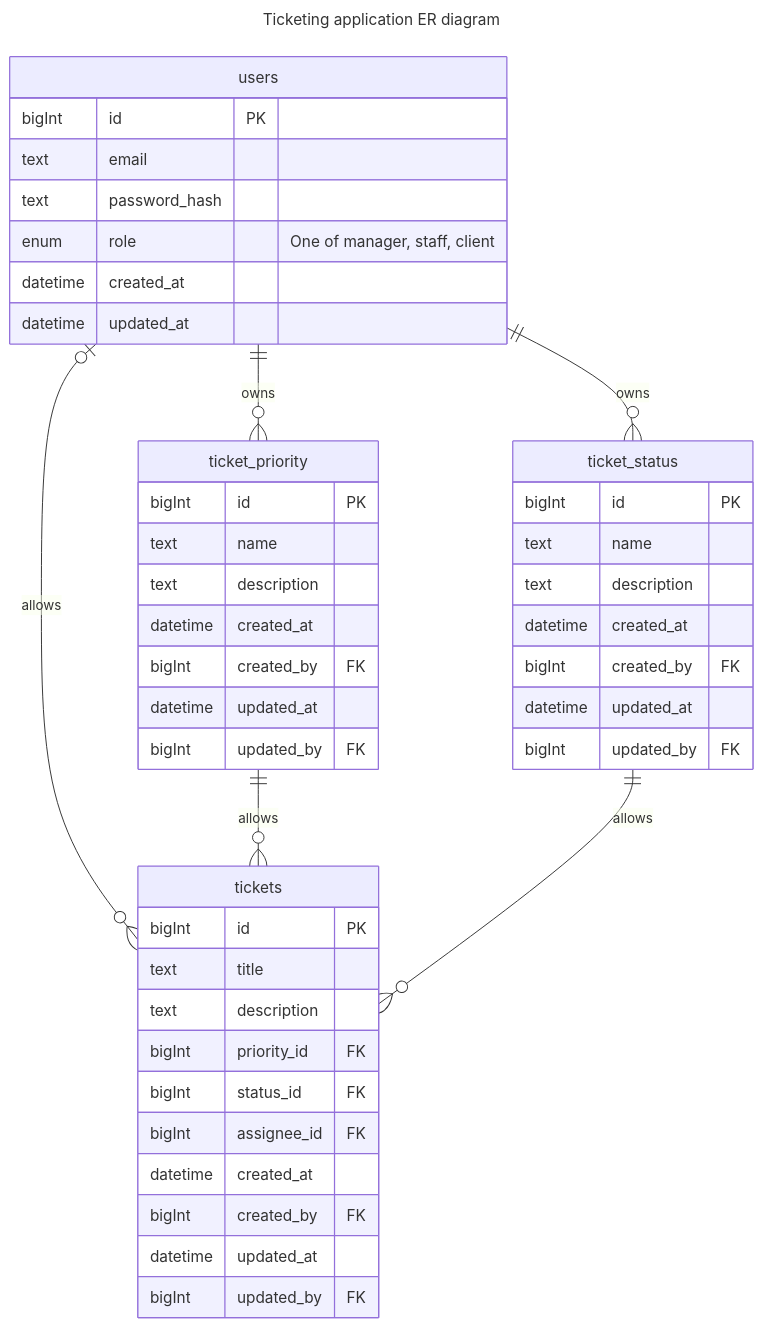
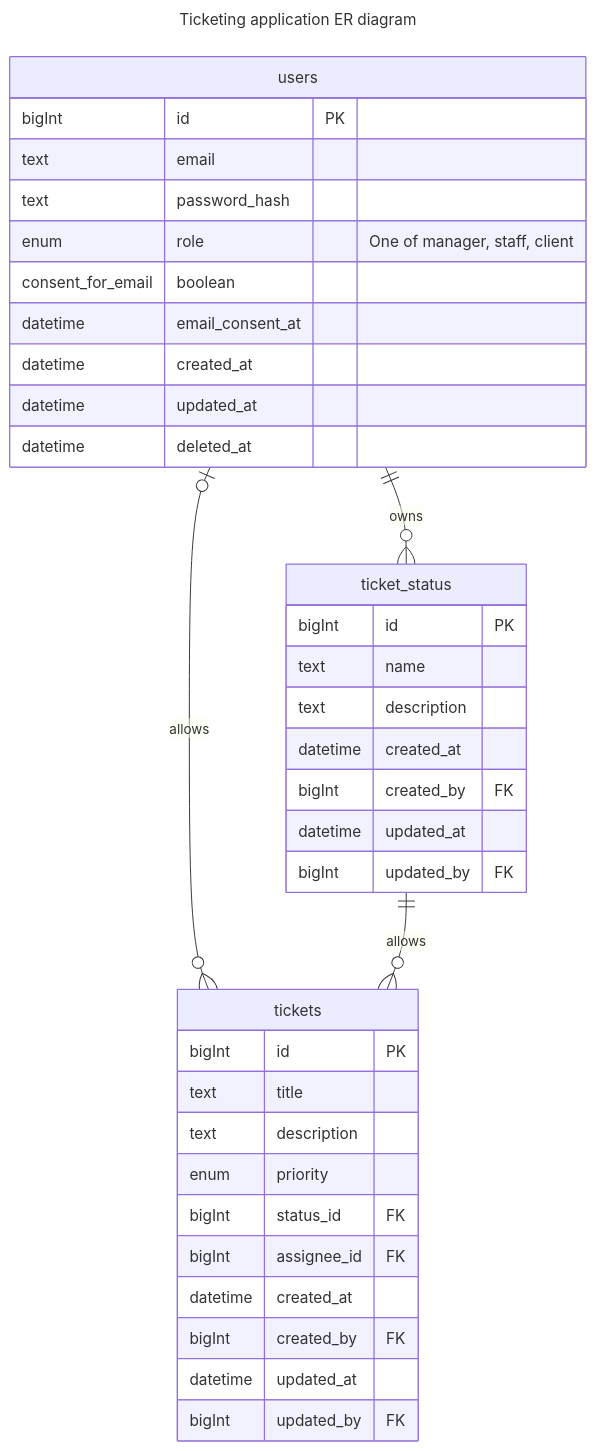
One commit to NoonDaySun-Programming-Pty-Ltd/support-tickets changed the diagram in README.md. Above: the diagram before and after it, drawn with Mermaid. The commit also changed 61 other files, not shown here.

````diff
--- a/README.md
+++ b/README.md
@@ -18,49 +18,41 @@
 ```mermaid
 ---
 title: Ticketing application ER diagram
 ---
 erDiagram
     users {
         bigInt id PK
         text email
         text password_hash
         enum role "One of manager, staff, client"
+        consent_for_email boolean
+        datetime email_consent_at
         datetime created_at
         datetime updated_at
+        datetime deleted_at
     }
     users |o--o{ tickets : allows
-    users ||--o{ ticket_priority : owns
     users ||--o{ ticket_status : owns
     tickets {
         bigInt id PK
         text title
         text description
-        bigInt priority_id FK
+        enum priority
         bigInt status_id FK
         bigInt assignee_id FK
         datetime created_at
         bigInt created_by FK
         datetime updated_at
         bigInt updated_by FK
     }
-    ticket_priority ||--o{ tickets : allows
     ticket_status ||--o{ tickets : allows
-    ticket_priority {
-        bigInt id PK
-        text name
-        text description
-        datetime created_at
-        bigInt created_by FK
-        datetime updated_at
-        bigInt updated_by FK
-    }
     ticket_status {
         bigInt id PK
         text name
         text description
         datetime created_at
         bigInt created_by FK
         datetime updated_at
         bigInt updated_by FK
     }
 ```
````
